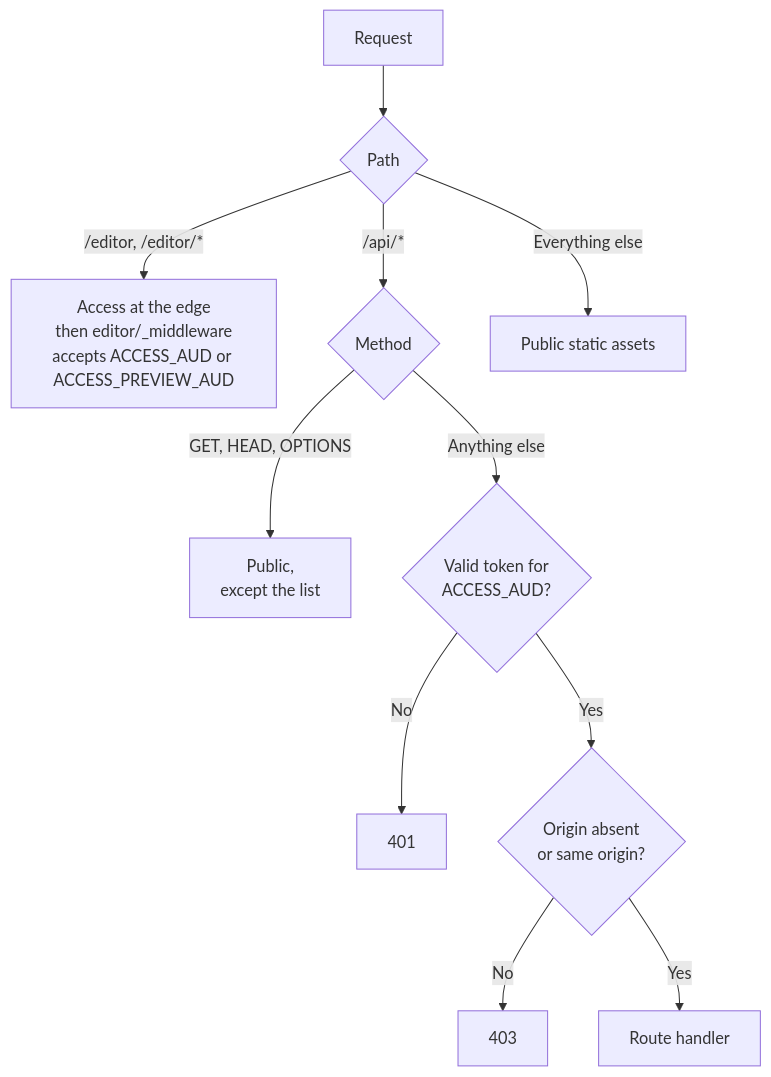
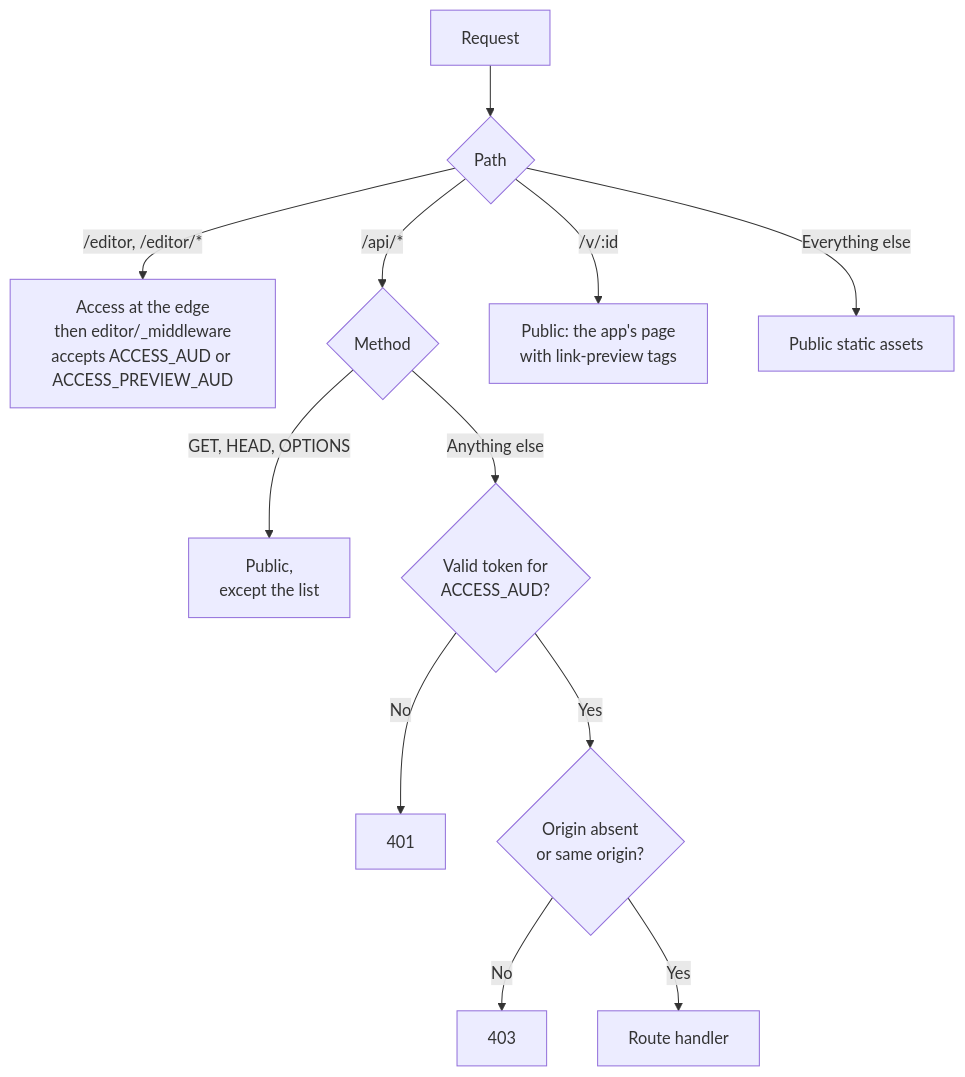
One commit to davidopluslau/whimsy-forge changed the sixth of 7 diagrams in docs/SYSTEM_DESIGN.md. Above: the diagram before and after it, drawn with Mermaid. The commit also changed other lines of this file and 31 other files, not shown here.

````diff
--- a/docs/SYSTEM_DESIGN.md
+++ b/docs/SYSTEM_DESIGN.md
@@ -234,13 +278,14 @@
 ```mermaid
 flowchart TD
     req["Request"] --> path{"Path"}
     path -->|"/editor, /editor/*"| edge["Access at the edge<br/>then editor/_middleware<br/>accepts ACCESS_AUD or ACCESS_PREVIEW_AUD"]
     path -->|"/api/*"| method{"Method"}
     method -->|"GET, HEAD, OPTIONS"| open["Public,<br/>except the list"]
     method -->|"Anything else"| token{"Valid token for<br/>ACCESS_AUD?"}
     token -->|"No"| e401["401"]
     token -->|"Yes"| origin{"Origin absent<br/>or same origin?"}
     origin -->|"No"| e403["403"]
     origin -->|"Yes"| handler["Route handler"]
+    path -->|"/v/:id"| share["Public: the app's page<br/>with link-preview tags"]
     path -->|"Everything else"| static["Public static assets"]
 ```
````
